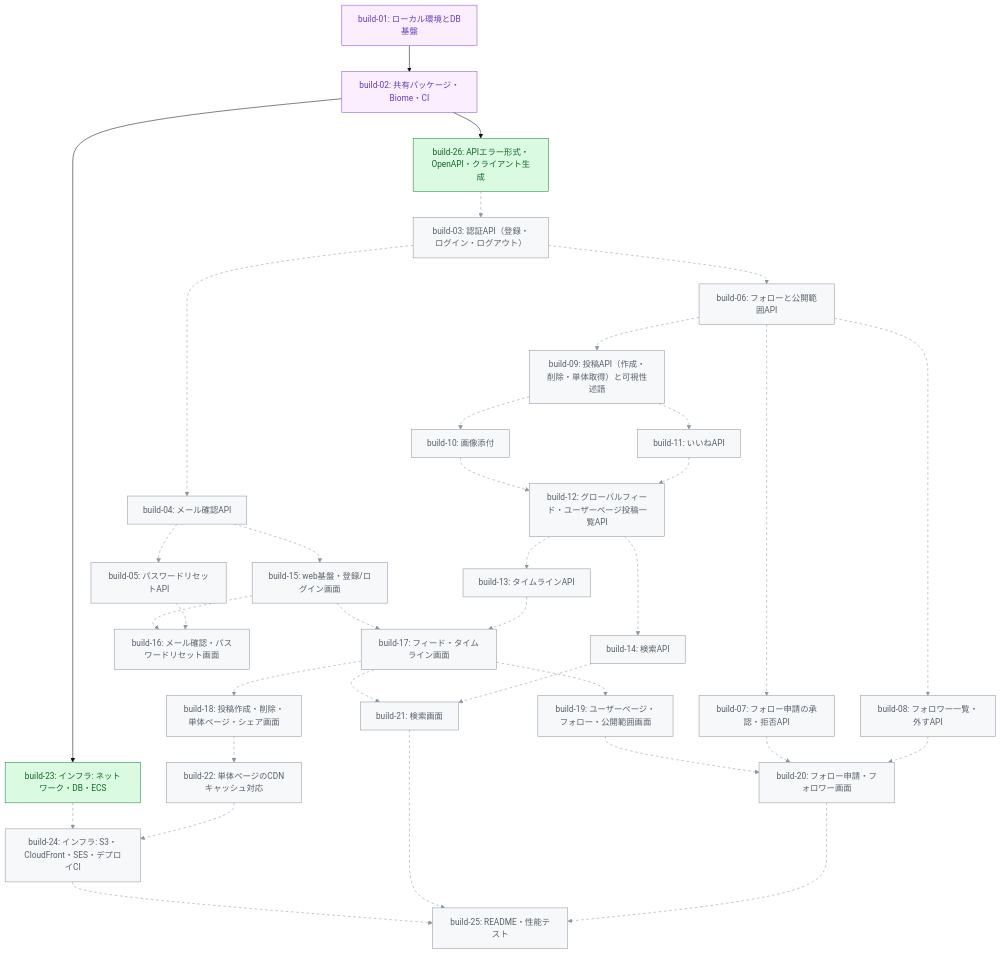
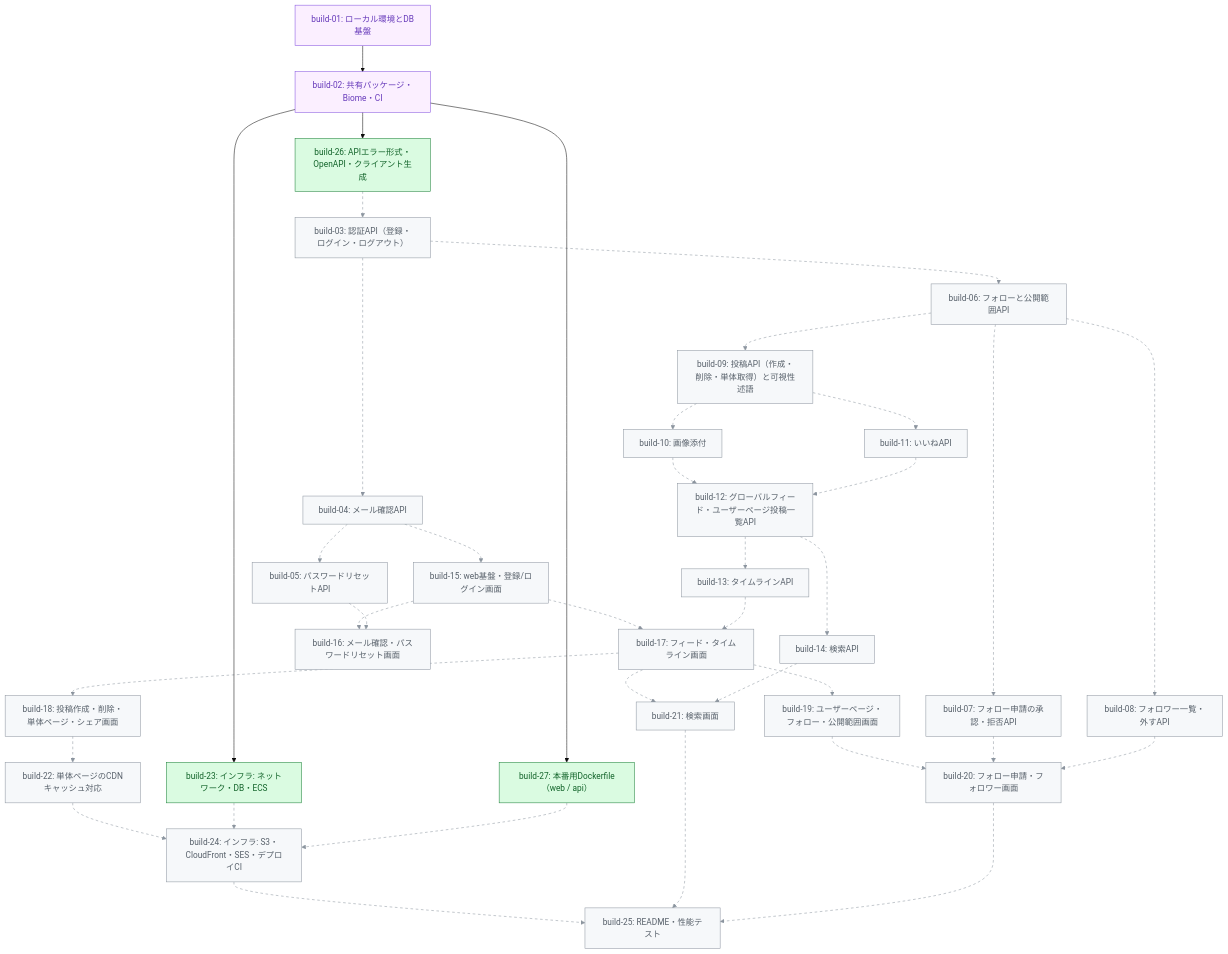
One commit to tak-solder/litmus-sns-sonnet55-hikyaku changed the diagram in docs/hikyaku/cycles/001-mvp/tasklist.md. Above: the diagram before and after it, drawn with Mermaid (base theme). The commit also changed other lines of this file and 3 other files, not shown here.

````diff
--- a/docs/hikyaku/cycles/001-mvp/tasklist.md
+++ b/docs/hikyaku/cycles/001-mvp/tasklist.md
@@ -41,70 +42,73 @@
 ```mermaid
 graph TD
   b01["build-01: ローカル環境とDB基盤"]
   b02["build-02: 共有パッケージ・Biome・CI"]
   b03["build-03: 認証API（登録・ログイン・ログアウト）"]
   b04["build-04: メール確認API"]
   b05["build-05: パスワードリセットAPI"]
   b06["build-06: フォローと公開範囲API"]
   b07["build-07: フォロー申請の承認・拒否API"]
   b08["build-08: フォロワー一覧・外すAPI"]
   b09["build-09: 投稿API（作成・削除・単体取得）と可視性述語"]
   b10["build-10: 画像添付"]
   b11["build-11: いいねAPI"]
   b12["build-12: グローバルフィード・ユーザーページ投稿一覧API"]
   b13["build-13: タイムラインAPI"]
   b14["build-14: 検索API"]
   b15["build-15: web基盤・登録/ログイン画面"]
   b16["build-16: メール確認・パスワードリセット画面"]
   b17["build-17: フィード・タイムライン画面"]
   b18["build-18: 投稿作成・削除・単体ページ・シェア画面"]
   b19["build-19: ユーザーページ・フォロー・公開範囲画面"]
   b20["build-20: フォロー申請・フォロワー画面"]
   b21["build-21: 検索画面"]
   b22["build-22: 単体ページのCDNキャッシュ対応"]
   b23["build-23: インフラ: ネットワーク・DB・ECS"]
   b24["build-24: インフラ: S3・CloudFront・SES・デプロイCI"]
   b25["build-25: README・性能テスト"]
   b26["build-26: APIエラー形式・OpenAPI・クライアント生成"]
+  b27["build-27: 本番用Dockerfile（web / api）"]
   b01 --> b02
   b26 -.-> b03
   b03 -.-> b04
   b04 -.-> b05
   b03 -.-> b06
   b06 -.-> b07
   b06 -.-> b08
   b06 -.-> b09
   b09 -.-> b10
   b09 -.-> b11
   b10 -.-> b12
   b11 -.-> b12
   b12 -.-> b13
   b12 -.-> b14
   b04 -.-> b15
   b15 -.-> b16
   b05 -.-> b16
   b15 -.-> b17
   b13 -.-> b17
   b17 -.-> b18
   b17 -.-> b19
   b19 -.-> b20
   b07 -.-> b20
   b08 -.-> b20
   b17 -.-> b21
   b14 -.-> b21
   b18 -.-> b22
   b02 --> b23
+  b22 -.-> b24
   b23 -.-> b24
-  b22 -.-> b24
+  b27 -.-> b24
   b24 -.-> b25
   b21 -.-> b25
   b20 -.-> b25
   b02 --> b26
+  b02 --> b27
   classDef merged fill:#fbefff,stroke:#8250df,color:#6639ba
   classDef ready fill:#dafbe1,stroke:#1a7f37,color:#116329
   classDef blocked fill:#f6f8fa,stroke:#8c959f,color:#57606a
   class b01,b02 merged
-  class b23,b26 ready
+  class b23,b26,b27 ready
   class b03,b04,b05,b06,b07,b08,b09,b10,b11,b12,b13,b14,b15,b16,b17,b18,b19,b20,b21,b22,b24,b25 blocked
-  linkStyle 1,2,3,4,5,6,7,8,9,10,11,12,13,14,15,16,17,18,19,20,21,22,23,24,25,26,28,29,30,31,32 stroke:#8c959f,stroke-dasharray:5 5
+  linkStyle 1,2,3,4,5,6,7,8,9,10,11,12,13,14,15,16,17,18,19,20,21,22,23,24,25,26,28,29,30,31,32,33 stroke:#8c959f,stroke-dasharray:5 5
 ```
````
